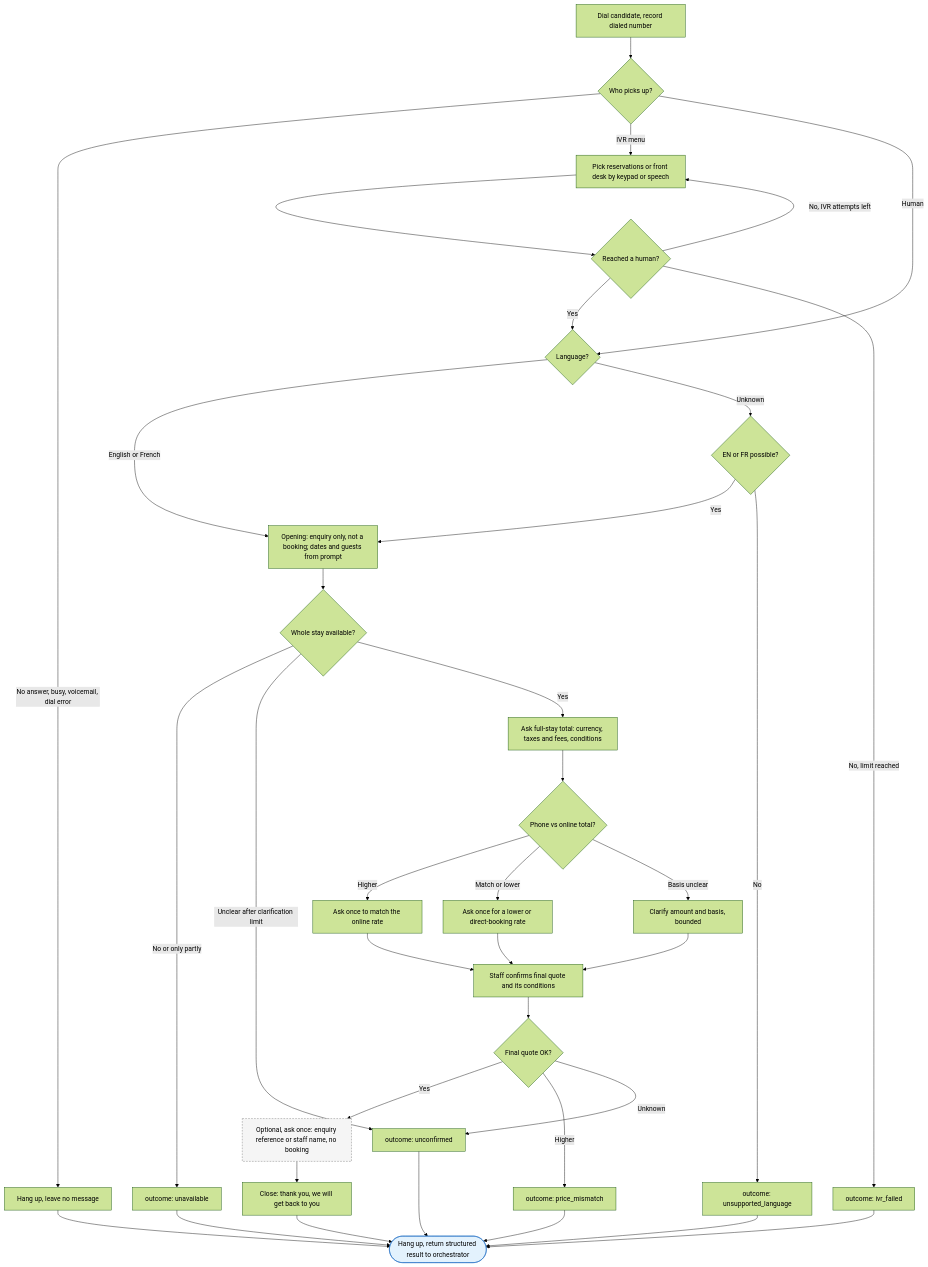
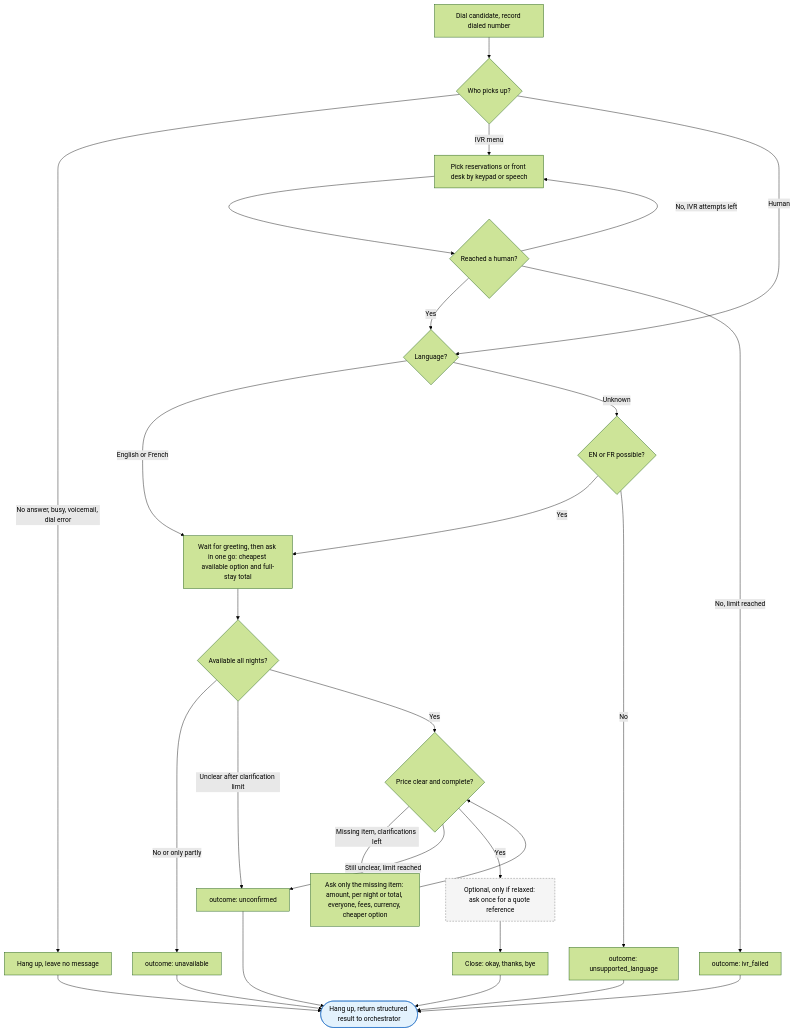
The second of 2 diagrams in call-flow.md (iratansh/Team-SprintMasters), drawn with Mermaid (forest theme) before and after one commit. The commit also changed other lines of this file and 2 other files, not shown here.

First line of the commit message:
Call agent: prompt v0.4, sound-human add-on, call flow v0.3

````diff
--- a/call-flow.md
+++ b/call-flow.md
@@ -101,40 +103,32 @@
 ```mermaid
 flowchart TD
     Dial["Dial candidate, record dialed number"] --> Who{"Who picks up?"}
     Who -->|"No answer, busy, voicemail, dial error"| Fail1["Hang up, leave no message"]
     Who -->|"IVR menu"| IVR["Pick reservations or front desk by keypad or speech"]
     IVR --> IVRok{"Reached a human?"}
     IVRok -->|"Yes"| Lang
     IVRok -->|"No, IVR attempts left"| IVR
     IVRok -->|"No, limit reached"| Fail2["outcome: ivr_failed"]
     Who -->|"Human"| Lang{"Language?"}
-    Lang -->|"English or French"| Open["Opening: enquiry only, not a booking; dates and guests from prompt"]
+    Lang -->|"English or French"| Open["Wait for greeting, then ask in one go: cheapest available option and full-stay total"]
     Lang -->|"Unknown"| LangQ{"EN or FR possible?"}
     LangQ -->|"Yes"| Open
     LangQ -->|"No"| Fail3["outcome: unsupported_language"]
-    Open --> Avail{"Whole stay available?"}
+    Open --> Avail{"Available all nights?"}
     Avail -->|"No or only partly"| Fail4["outcome: unavailable"]
     Avail -->|"Unclear after clarification limit"| Fail5["outcome: unconfirmed"]
-    Avail -->|"Yes"| Quote["Ask full-stay total: currency, taxes and fees, conditions"]
-    Quote --> Cmp{"Phone vs online total?"}
-    Cmp -->|"Higher"| MatchAsk["Ask once to match the online rate"]
-    Cmp -->|"Match or lower"| LowerAsk["Ask once for a lower or direct-booking rate"]
-    Cmp -->|"Basis unclear"| Clarify["Clarify amount and basis, bounded"]
-    MatchAsk --> Final["Staff confirms final quote and its conditions"]
-    LowerAsk --> Final
-    Clarify --> Final
-    Final --> FinalOk{"Final quote OK?"}
-    FinalOk -->|"Yes"| Ref["Optional, ask once: enquiry reference or staff name, no booking"]
-    FinalOk -->|"Higher"| Fail6["outcome: price_mismatch"]
-    FinalOk -->|"Unknown"| Fail5
-    Ref --> Close["Close: thank you, we will get back to you"]
+    Avail -->|"Yes"| Gap{"Price clear and complete?"}
+    Gap -->|"Missing item, clarifications left"| AskGap["Ask only the missing item: amount, per night or total, everyone, fees, currency, cheaper option"]
+    AskGap --> Gap
+    Gap -->|"Still unclear, limit reached"| Fail5
+    Gap -->|"Yes"| Ref["Optional, only if relaxed: ask once for a quote reference"]
+    Ref --> Close["Close: okay, thanks, bye"]
     Close --> Ret(["Hang up, return structured result to orchestrator"])
     Fail1 --> Ret
     Fail2 --> Ret
     Fail3 --> Ret
     Fail4 --> Ret
     Fail5 --> Ret
-    Fail6 --> Ret
     style Ret fill:#e3f2fd,stroke:#1565c0
     style Ref fill:#f5f5f5,stroke:#757575,stroke-dasharray: 4 3
 ```
````
